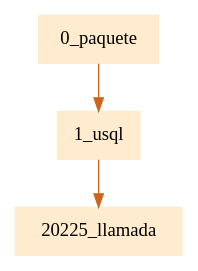
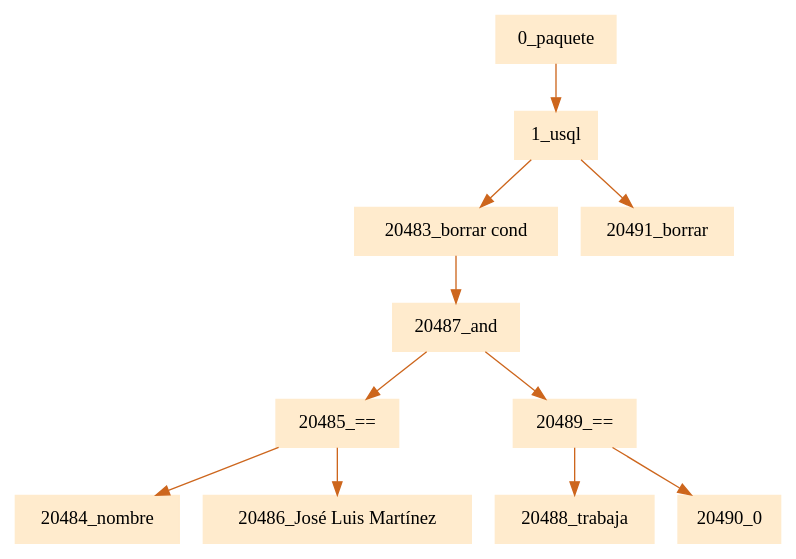
One commit to JamesMelgar/compi2javaccpr1 changed the diagram in pr1Compilarodores2/paquete.dot. Above: the diagram before and after it, drawn with Graphviz. The commit also changed 22 other files, not shown here.

```diff
--- a/pr1Compilarodores2/paquete.dot
+++ b/pr1Compilarodores2/paquete.dot
@@ -1,5 +1,5 @@
 digraph G {node[shape=box, style=filled, color=blanchedalmond]; edge[color=chocolate3];rankdir=UD 
 
-"0_paquete"->"1_usql""1_usql"->"20225_llamada"
+"0_paquete"->"1_usql""1_usql"->"20483_borrar cond""20483_borrar cond"->"20487_and""20487_and"->"20485_==""20485_=="->"20484_nombre""20485_=="->"20486_José Luis Martínez""20487_and"->"20489_==""20489_=="->"20488_trabaja""20489_=="->"20490_0""1_usql"->"20491_borrar"
 
 }
```
